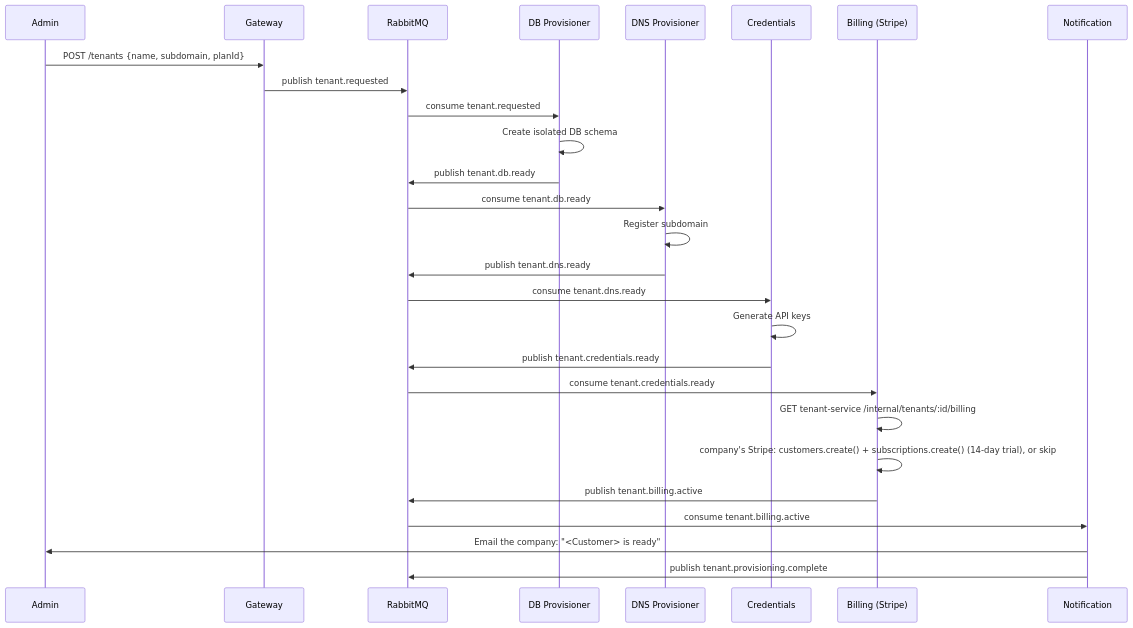
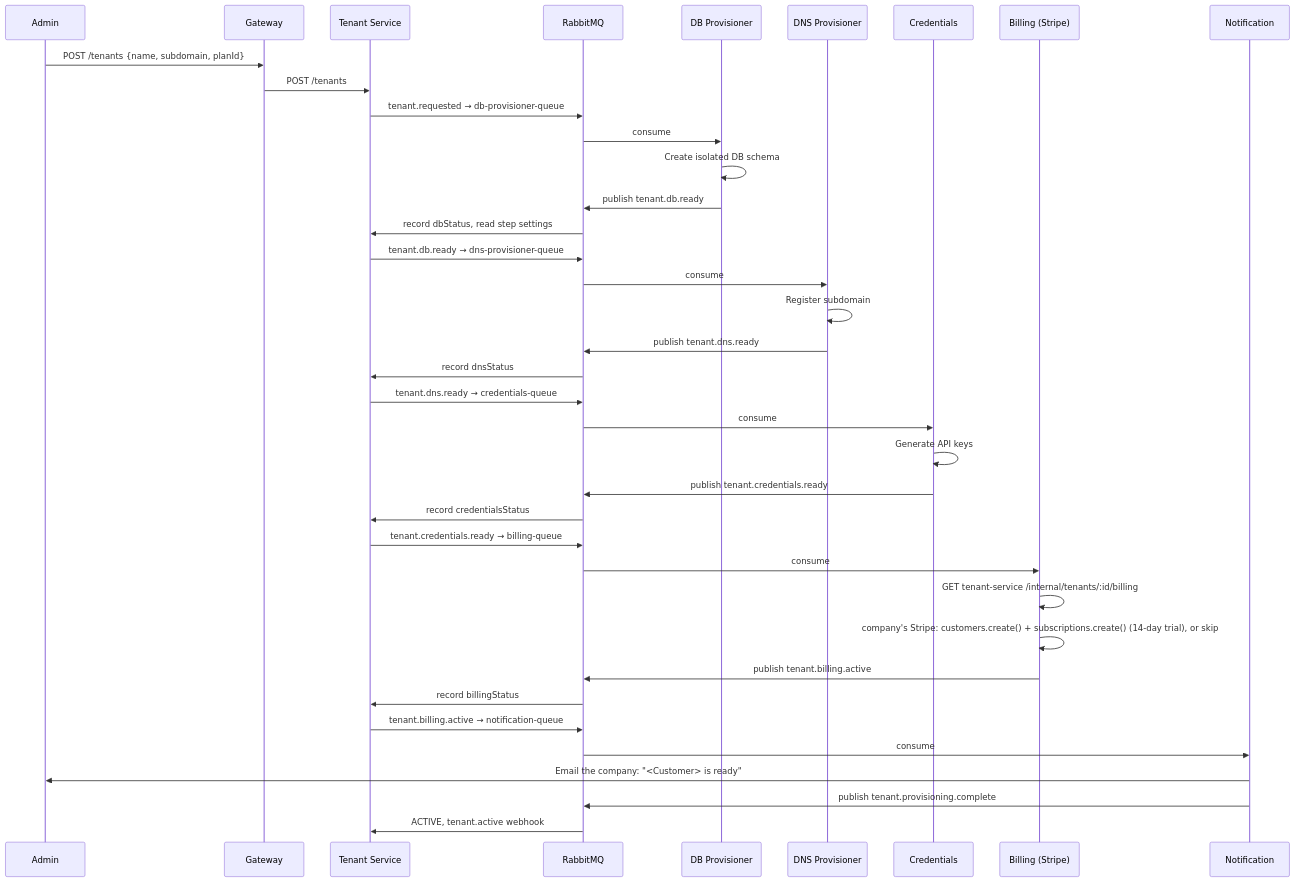
Before and after one commit to Olayanju-1234/liftoff: the second of 3 diagrams in README.md, drawn with Mermaid. The commit also changed other lines of this file and 39 other files, not shown here.

````diff
--- a/README.md
+++ b/README.md
@@ -120,35 +124,46 @@
 ```mermaid
 sequenceDiagram
     participant Admin
     participant Gateway
+    participant Tenant as Tenant Service
     participant RabbitMQ
     participant DB as DB Provisioner
     participant DNS as DNS Provisioner
     participant Creds as Credentials
     participant Billing as Billing (Stripe)
     participant Notify as Notification
 
     Admin->>Gateway: POST /tenants {name, subdomain, planId}
-    Gateway->>RabbitMQ: publish tenant.requested
+    Gateway->>Tenant: POST /tenants
+    Tenant->>RabbitMQ: tenant.requested → db-provisioner-queue
 
-    RabbitMQ->>DB: consume tenant.requested
+    RabbitMQ->>DB: consume
     DB->>DB: Create isolated DB schema
     DB->>RabbitMQ: publish tenant.db.ready
+    RabbitMQ->>Tenant: record dbStatus, read step settings
+    Tenant->>RabbitMQ: tenant.db.ready → dns-provisioner-queue
 
-    RabbitMQ->>DNS: consume tenant.db.ready
+    RabbitMQ->>DNS: consume
     DNS->>DNS: Register subdomain
     DNS->>RabbitMQ: publish tenant.dns.ready
+    RabbitMQ->>Tenant: record dnsStatus
+    Tenant->>RabbitMQ: tenant.dns.ready → credentials-queue
 
-    RabbitMQ->>Creds: consume tenant.dns.ready
+    RabbitMQ->>Creds: consume
     Creds->>Creds: Generate API keys
     Creds->>RabbitMQ: publish tenant.credentials.ready
+    RabbitMQ->>Tenant: record credentialsStatus
+    Tenant->>RabbitMQ: tenant.credentials.ready → billing-queue
 
-    RabbitMQ->>Billing: consume tenant.credentials.ready
+    RabbitMQ->>Billing: consume
     Billing->>Billing: GET tenant-service /internal/tenants/:id/billing
     Billing->>Billing: company's Stripe: customers.create() + subscriptions.create() (14-day trial), or skip
     Billing->>RabbitMQ: publish tenant.billing.active
+    RabbitMQ->>Tenant: record billingStatus
+    Tenant->>RabbitMQ: tenant.billing.active → notification-queue
 
-    RabbitMQ->>Notify: consume tenant.billing.active
+    RabbitMQ->>Notify: consume
     Notify->>Admin: Email the company: "<Customer> is ready"
     Notify->>RabbitMQ: publish tenant.provisioning.complete
+    RabbitMQ->>Tenant: ACTIVE, tenant.active webhook
 ```
````
